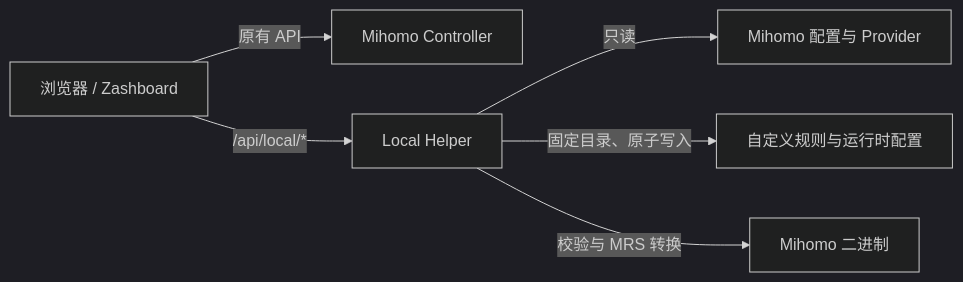
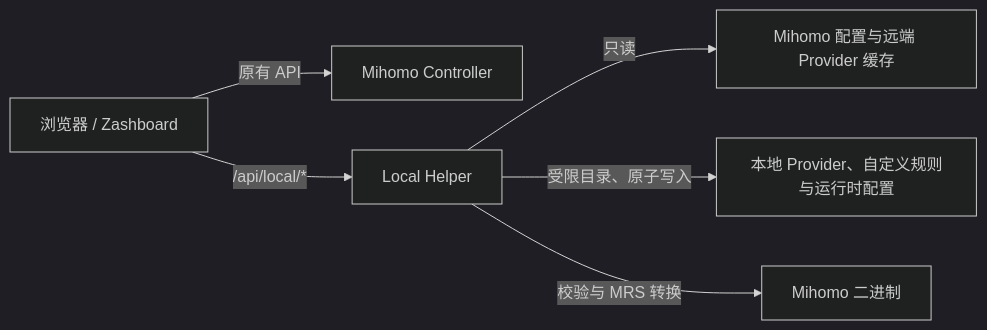
The diagram in README.md (CRISKAKA78/zashboard), drawn with Mermaid (dark theme) before and after one commit. The commit also changed other lines of this file and 25 other files, not shown here.

````diff
--- a/README.md
+++ b/README.md
@@ -33,8 +33,8 @@
 ```mermaid
 flowchart LR
   Browser[浏览器 / Zashboard] -->|原有 API| Controller[Mihomo Controller]
   Browser -->|/api/local/*| Helper[Local Helper]
-  Helper -->|只读| Config[Mihomo 配置与 Provider]
-  Helper -->|固定目录、原子写入| Custom[自定义规则与运行时配置]
+  Helper -->|只读| Config[Mihomo 配置与远端 Provider 缓存]
+  Helper -->|受限目录、原子写入| Custom[本地 Provider、自定义规则与运行时配置]
   Helper -->|校验与 MRS 转换| Binary[Mihomo 二进制]
 ```
````
